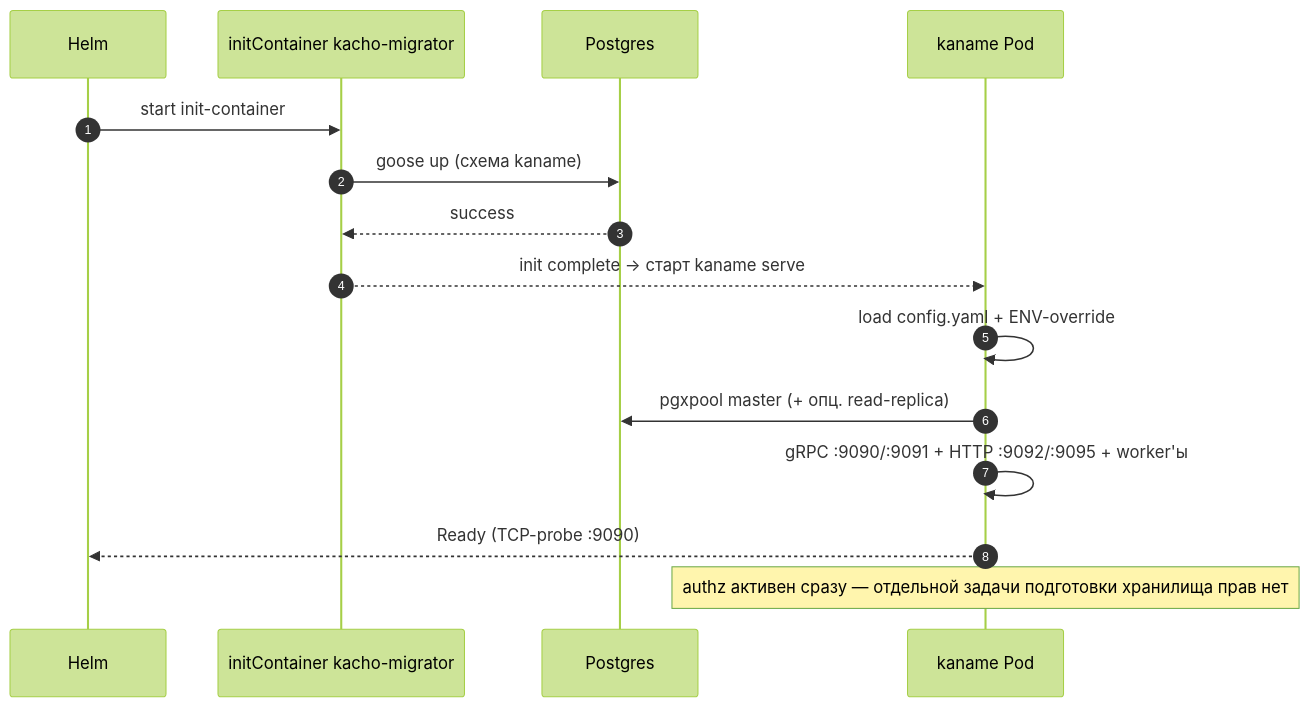
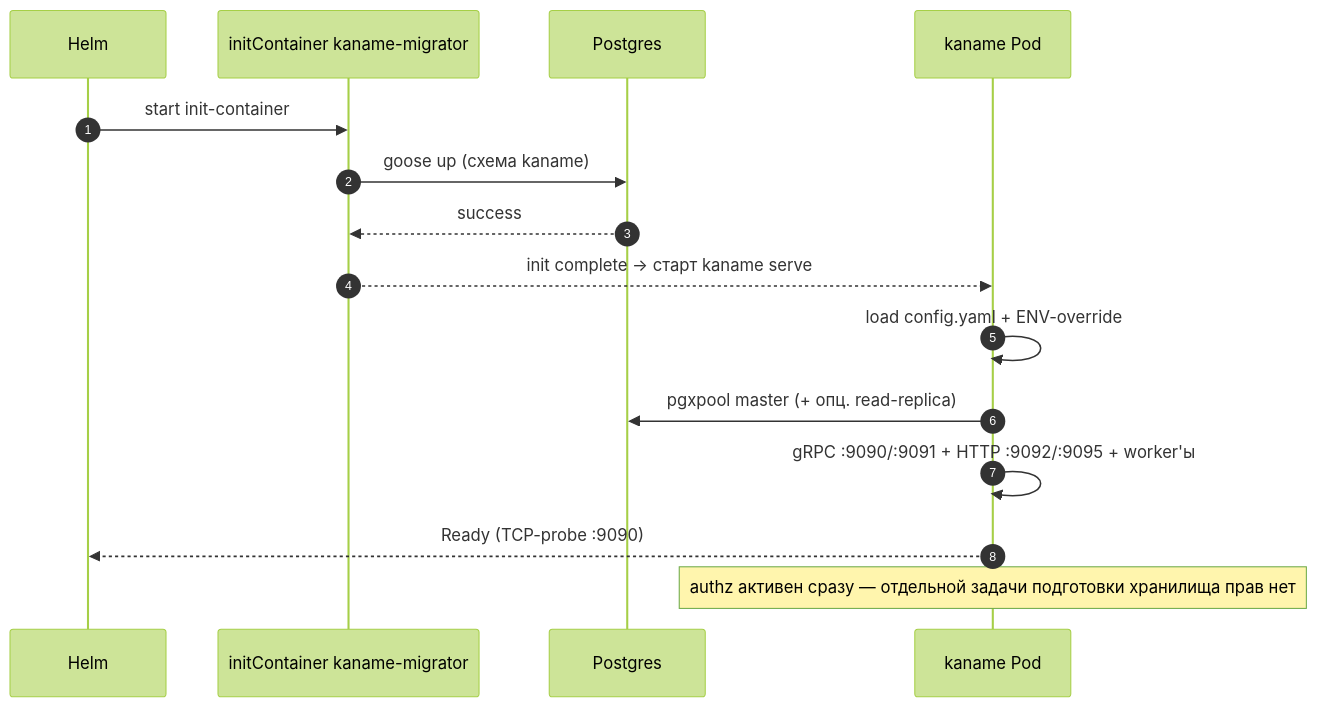
One commit to PRO-Robotech/kacho changed the second of 2 diagrams in services/iam/docs/engineering/components/31-deployment.md. Above: the diagram before and after it, drawn with Mermaid (forest theme). The commit also changed other lines of this file and 34 other files, not shown here.

````diff
--- a/services/iam/docs/engineering/components/31-deployment.md
+++ b/services/iam/docs/engineering/components/31-deployment.md
@@ -498,18 +498,18 @@
 ```mermaid
 sequenceDiagram
     autonumber
     participant Helm
-    participant Init as initContainer kacho-migrator
+    participant Init as initContainer kaname-migrator
     participant PG as Postgres
     participant Pod as kaname Pod
 
     Helm->>Init: start init-container
     Init->>PG: goose up (схема kaname)
     PG-->>Init: success
     Init-->>Pod: init complete → старт kaname serve
     Pod->>Pod: load config.yaml + ENV-override
     Pod->>PG: pgxpool master (+ опц. read-replica)
     Pod->>Pod: gRPC :9090/:9091 + HTTP :9092/:9095 + worker'ы
     Pod-->>Helm: Ready (TCP-probe :9090)
     Note over Pod: authz активен сразу — отдельной задачи подготовки хранилища прав нет
 ```
````
